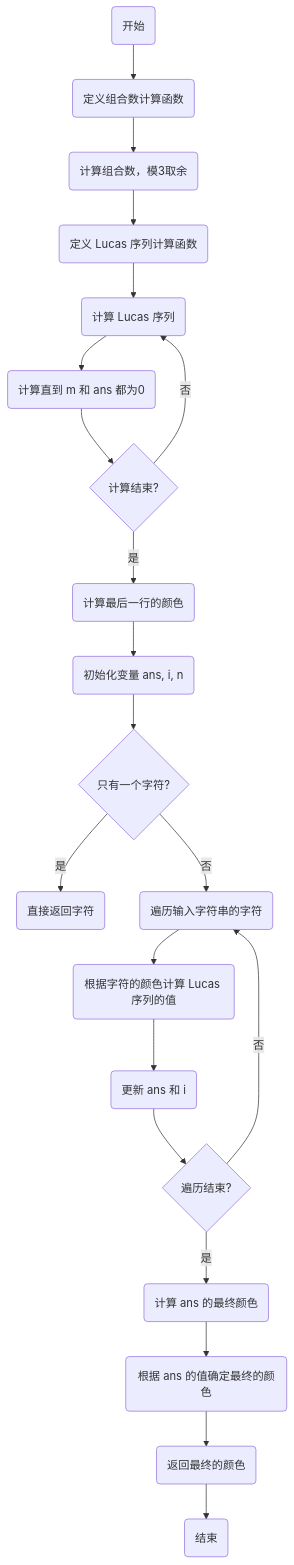
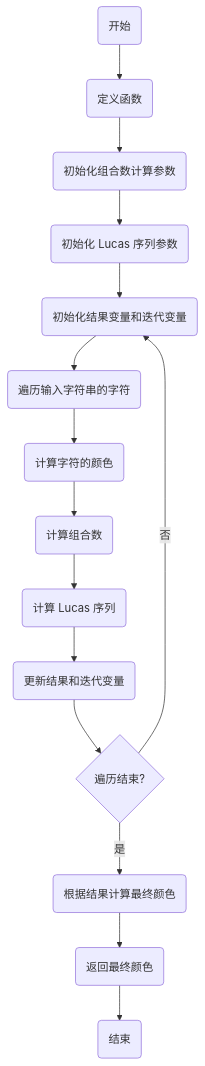
Before and after one commit to RonaWhite/python: the sixth of 6 diagrams in Experiment/experiment5.md, drawn with Mermaid. The commit also changed other lines of this file, not shown here.

````diff
--- a/Experiment/experiment5.md
+++ b/Experiment/experiment5.md
@@ -581,23 +580,17 @@
 ```mermaid
 graph TD
-A(开始) --> B(定义组合数计算函数)
-B --> C(计算组合数，模3取余)
-C --> D(定义 Lucas 序列计算函数)
-D --> E(计算 Lucas 序列)
-E --> F(计算直到 m 和 ans 都为0)
-F --> G{计算结束?}
-G -- 否 --> E
-G -- 是 --> H(计算最后一行的颜色)
-H --> I(初始化变量 ans, i, n)
-I --> J{只有一个字符?}
-J -- 是 --> K(直接返回字符)
-J -- 否 --> L(遍历输入字符串的字符)
-L --> M(根据字符的颜色计算 Lucas 序列的值)
-M --> N(更新 ans 和 i)
-N --> O{遍历结束?}
-O -- 是 --> P(计算 ans 的最终颜色)
-O -- 否 --> L
-P --> Q(根据 ans 的值确定最终的颜色)
-Q --> R(返回最终的颜色)
-R --> S(结束)
+A(开始) --> B(定义函数)
+B --> C(初始化组合数计算参数)
+C --> D(初始化 Lucas 序列参数)
+D --> E(初始化结果变量和迭代变量)
+E --> F(遍历输入字符串的字符)
+F --> G(计算字符的颜色)
+G --> H(计算组合数)
+H --> I(计算 Lucas 序列)
+I --> J(更新结果和迭代变量)
+J --> K{遍历结束?}
+K -- 否 --> E
+K -- 是 --> L(根据结果计算最终颜色)
+L --> M(返回最终颜色)
+M --> N(结束)
 ```
````
